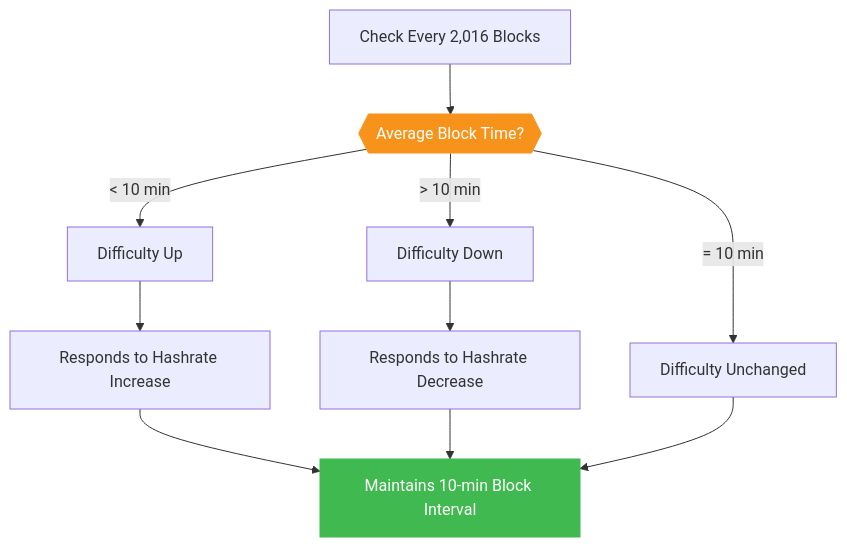
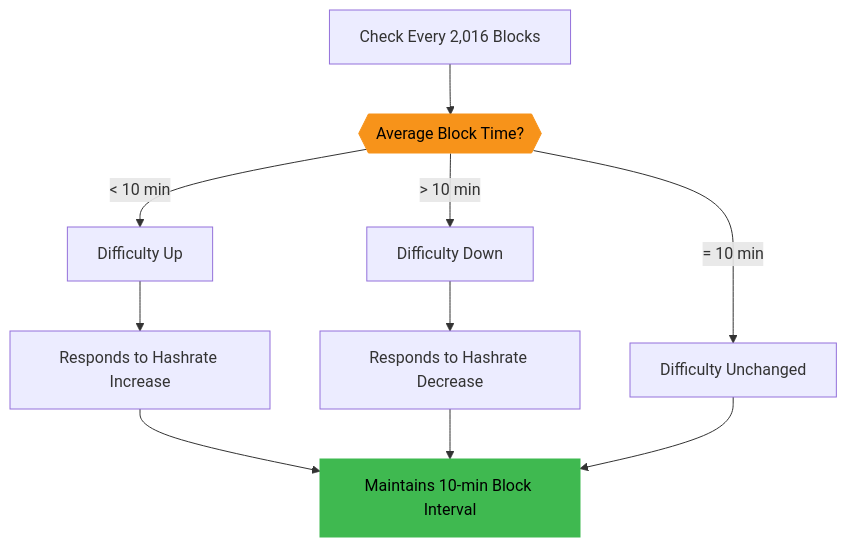
One commit to bc1qwerty/learn.txid.uk changed the diagram in content/en/ideas/difficulty-adjustment.md. Above: the diagram before and after it, drawn with Mermaid. The commit also changed 50 other files, not shown here.

First line of the commit message:
Mermaid 다이어그램 텍스트 대비 개선: color:#fff → color:#000

```diff
--- a/content/en/ideas/difficulty-adjustment.md
+++ b/content/en/ideas/difficulty-adjustment.md
@@ -12,14 +12,14 @@
 {{< mermaid >}}
 graph TD
     A["Check Every 2,016 Blocks"] --> B{{"Average Block Time?"}}
     B -->|"< 10 min"| C["Difficulty Up"]
     B -->|"= 10 min"| D["Difficulty Unchanged"]
     B -->|"> 10 min"| E["Difficulty Down"]
     C --> F["Responds to Hashrate Increase"]
     E --> G["Responds to Hashrate Decrease"]
     F --> H["Maintains 10-min Block Interval"]
     G --> H
     D --> H
-    style B fill:#f7931a,stroke:#f7931a,color:#fff
-    style H fill:#3fb950,stroke:#3fb950,color:#fff
+    style B fill:#f7931a,stroke:#f7931a,color:#000
+    style H fill:#3fb950,stroke:#3fb950,color:#000
 {{< /mermaid >}}
```
